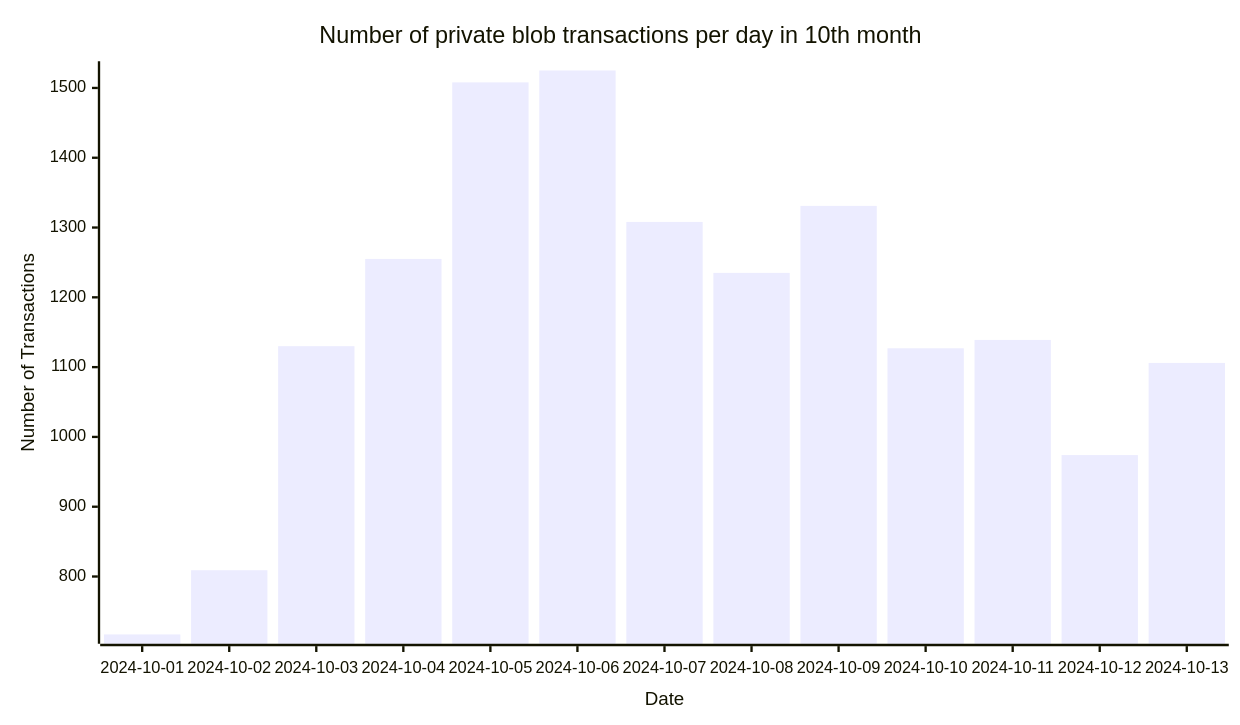
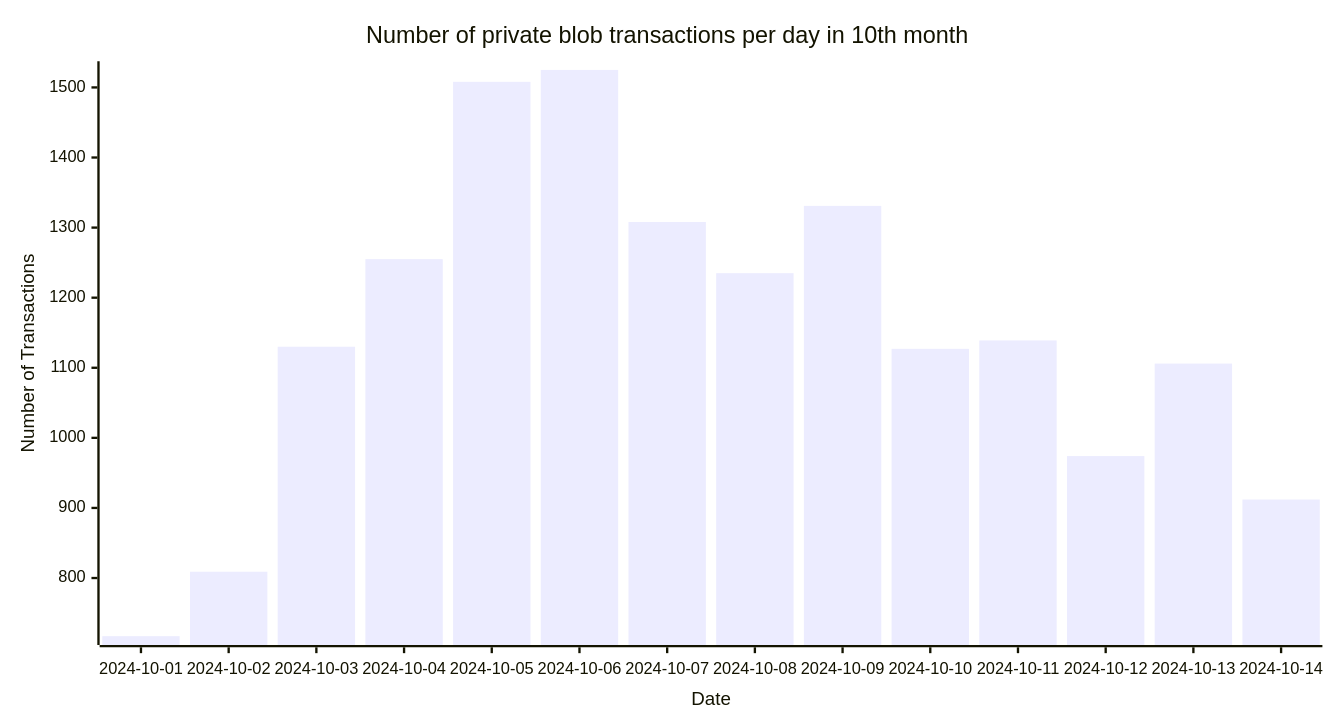
The eighth of 8 diagrams in README.md (Amit0617/eip4844-data), drawn with Mermaid before and after one commit. The commit also changed 1 other file, not shown here.

````diff
--- a/README.md
+++ b/README.md
@@ -92,12 +92,12 @@
 ```mermaid
 ---
 config:
     xyChart:
-        width: 1040
+        width: 1120
         height: 600
 ---
 xychart-beta title "Number of private blob transactions per day in 10th month"
-x-axis "Date" [2024-10-01,2024-10-02,2024-10-03,2024-10-04,2024-10-05,2024-10-06,2024-10-07,2024-10-08,2024-10-09,2024-10-10,2024-10-11,2024-10-12,2024-10-13]
+x-axis "Date" [2024-10-01,2024-10-02,2024-10-03,2024-10-04,2024-10-05,2024-10-06,2024-10-07,2024-10-08,2024-10-09,2024-10-10,2024-10-11,2024-10-12,2024-10-13,2024-10-14]
 y-axis "Number of Transactions"
-bar[717,809,1130,1255,1508,1525,1308,1235,1331,1127,1139,974,1106]
+bar[717,809,1130,1255,1508,1525,1308,1235,1331,1127,1139,974,1106,912]
 ```
````
